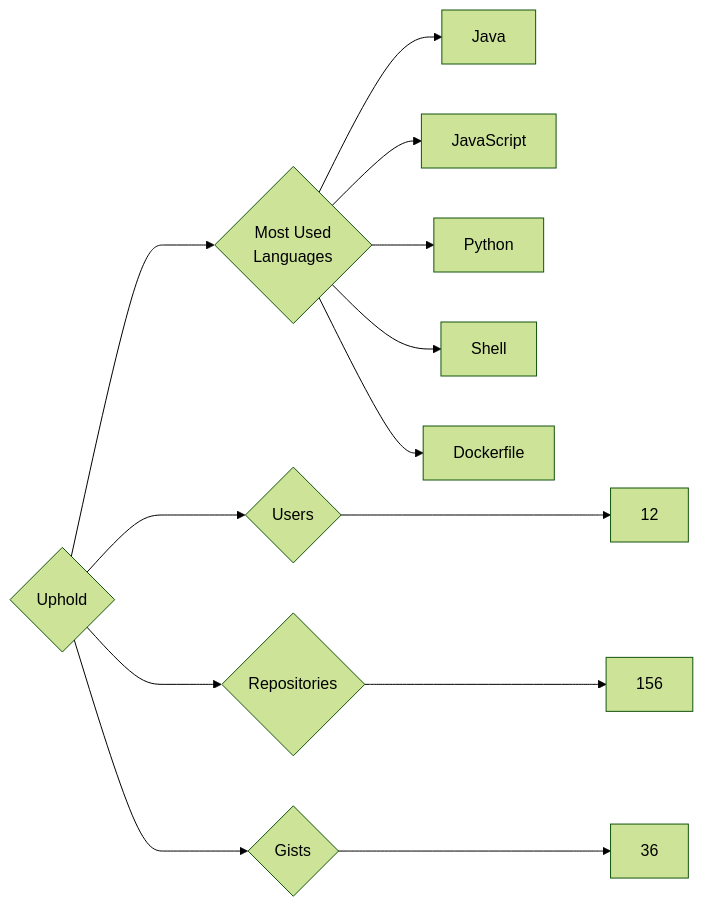
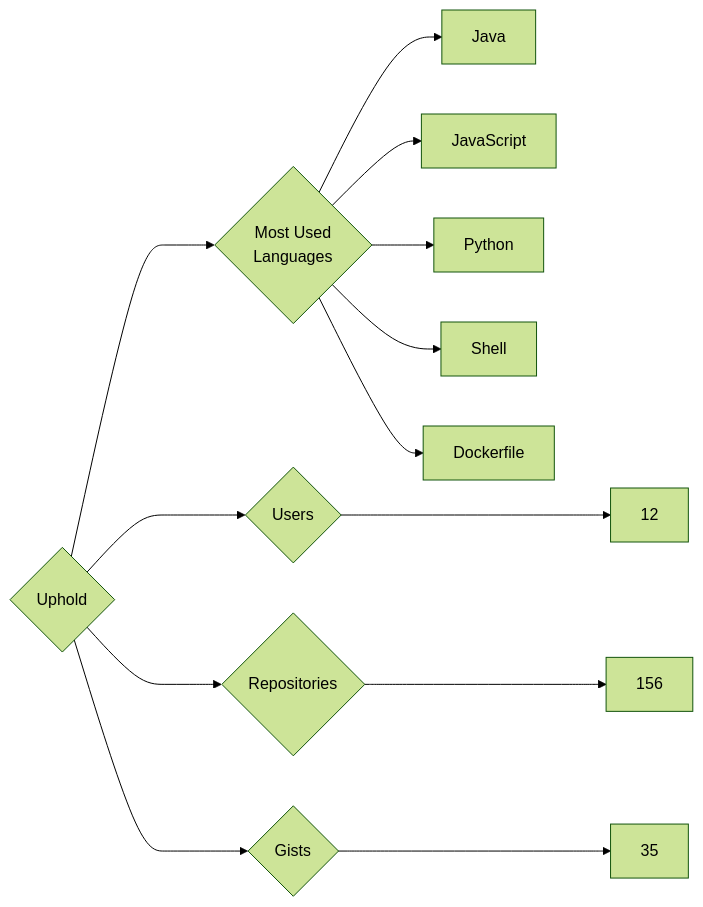
One commit to trickest/insiders changed the diagram in targets/Uphold/README.md. Above: the diagram before and after it, drawn with Mermaid (forest theme). The commit also changed 976 other files, not shown here.

````diff
--- a/targets/Uphold/README.md
+++ b/targets/Uphold/README.md
@@ -3,13 +3,13 @@
 ```mermaid
 graph LR
 COMPANY_NAME{Uphold}
 COMPANY_NAME ---> U{Users} ---> UN[12]
 COMPANY_NAME ---> R{Repositories} ---> RN[156]
-COMPANY_NAME ---> G{Gists} ---> GN[36]
+COMPANY_NAME ---> G{Gists} ---> GN[35]
 COMPANY_NAME ---> ML{Most Used<br>Languages}
 ML --> Java[Java]
 ML --> JavaScript[JavaScript]
 ML --> Python[Python]
 ML --> Shell[Shell]
 ML --> Dockerfile[Dockerfile]
 ```
````
